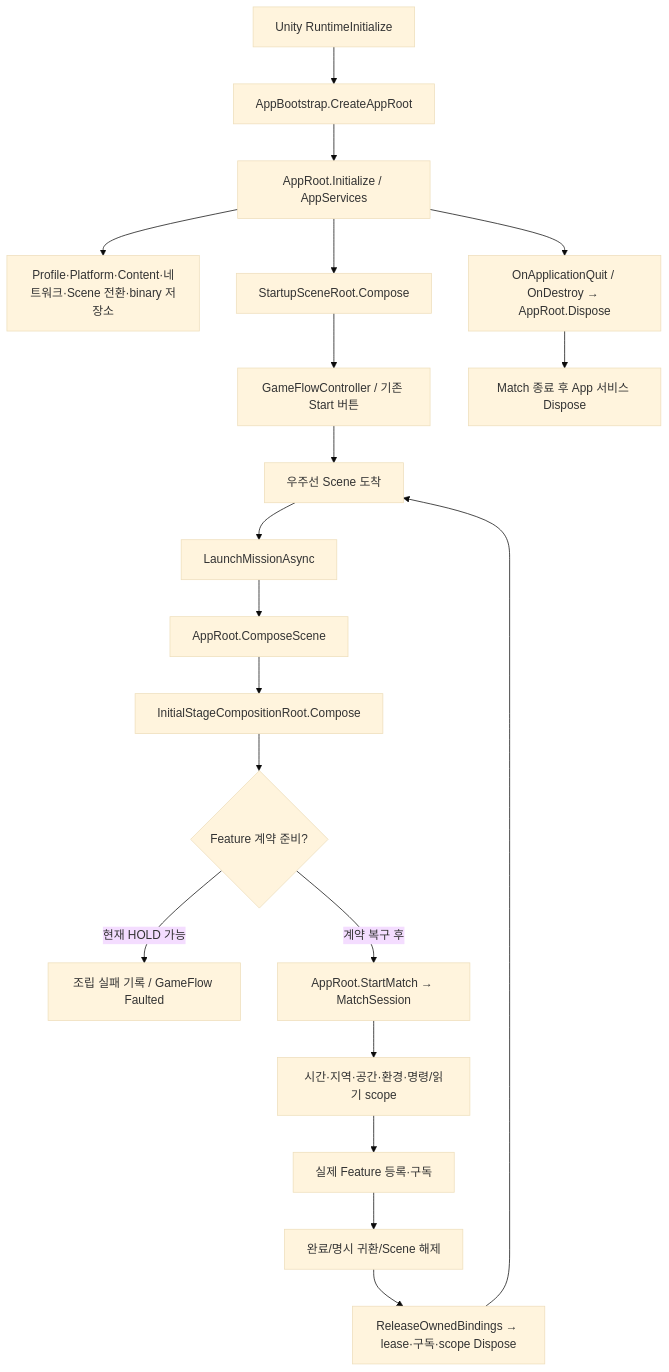
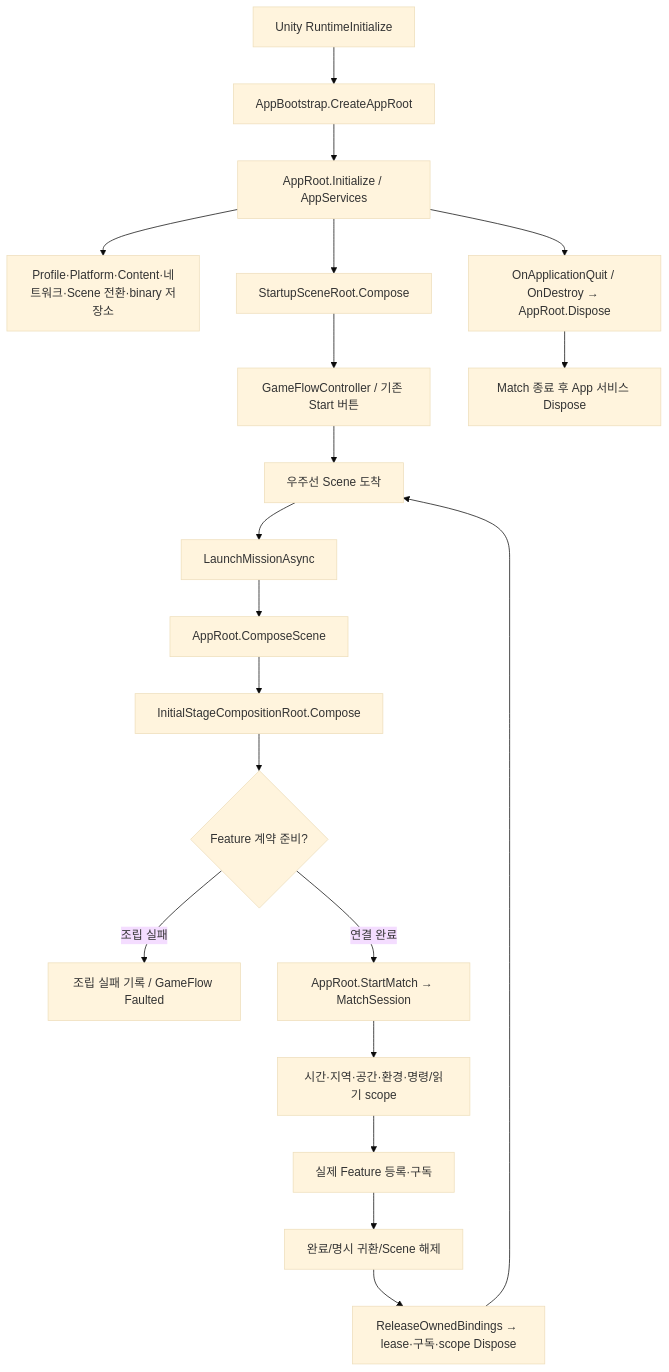
One commit to Team-HJD-21/unity-6-the-developer changed the first of 4 diagrams in Docs/architecture/core-lifecycle-and-api-guide.md. Above: the diagram before and after it, drawn with Mermaid (base theme). The commit also changed other lines of this file and 53 other files, not shown here.

````diff
--- a/Docs/architecture/core-lifecycle-and-api-guide.md
+++ b/Docs/architecture/core-lifecycle-and-api-guide.md
@@ -21,22 +21,22 @@
 ```mermaid
 flowchart TD
     Engine[Unity RuntimeInitialize] --> Bootstrap[AppBootstrap.CreateAppRoot]
     Bootstrap --> App[AppRoot.Initialize / AppServices]
     App --> Shared[Profile·Platform·Content·네트워크·Scene 전환·binary 저장소]
     App --> Startup[StartupSceneRoot.Compose]
     Startup --> Flow[GameFlowController / 기존 Start 버튼]
     Flow --> Hub[우주선 Scene 도착]
     Hub --> Launch[LaunchMissionAsync]
     Launch --> Scene[AppRoot.ComposeScene]
     Scene --> Init[InitialStageCompositionRoot.Compose]
     Init --> Gate{Feature 계약 준비?}
-    Gate -->|현재 HOLD 가능| Failure[조립 실패 기록 / GameFlow Faulted]
-    Gate -->|계약 복구 후| Session[AppRoot.StartMatch → MatchSession]
+    Gate -->|조립 실패| Failure[조립 실패 기록 / GameFlow Faulted]
+    Gate -->|연결 완료| Session[AppRoot.StartMatch → MatchSession]
     Session --> Owned[시간·지역·공간·환경·명령/읽기 scope]
     Owned --> Ports[실제 Feature 등록·구독]
     Ports --> End[완료/명시 귀환/Scene 해제]
     End --> Cleanup[ReleaseOwnedBindings → lease·구독·scope Dispose]
     Cleanup --> Hub
     App --> Quit[OnApplicationQuit / OnDestroy → AppRoot.Dispose]
     Quit --> SharedEnd[Match 종료 후 App 서비스 Dispose]
 ```
````
